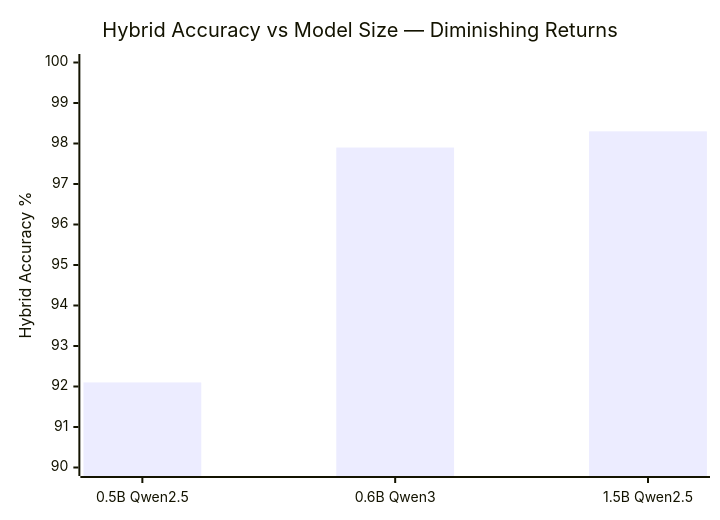
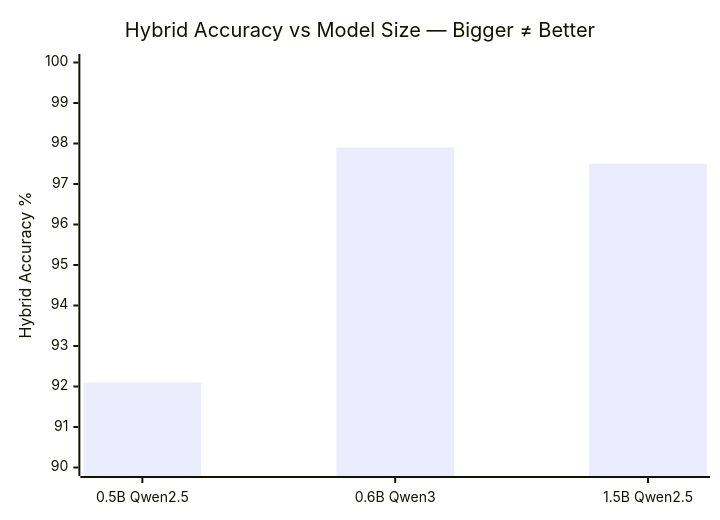
Before and after one commit to FaisalFehad/llm_eval_harness: the third of 3 diagrams in docs/DETAILED_JOURNEY.md, drawn with Mermaid. The commit also changed other lines of this file and 1 other file, not shown here.

````diff
--- a/docs/DETAILED_JOURNEY.md
+++ b/docs/DETAILED_JOURNEY.md
@@ -959,7 +959,7 @@
 ```mermaid
 xychart-beta
-    title "Hybrid Accuracy vs Model Size — Diminishing Returns"
+    title "Hybrid Accuracy vs Model Size — Bigger ≠ Better"
     x-axis ["0.5B Qwen2.5", "0.6B Qwen3", "1.5B Qwen2.5"]
     y-axis "Hybrid Accuracy %" 90 --> 100
-    bar [92.1, 97.9, 98.3]
+    bar [92.1, 97.9, 97.5]
 ```
````
